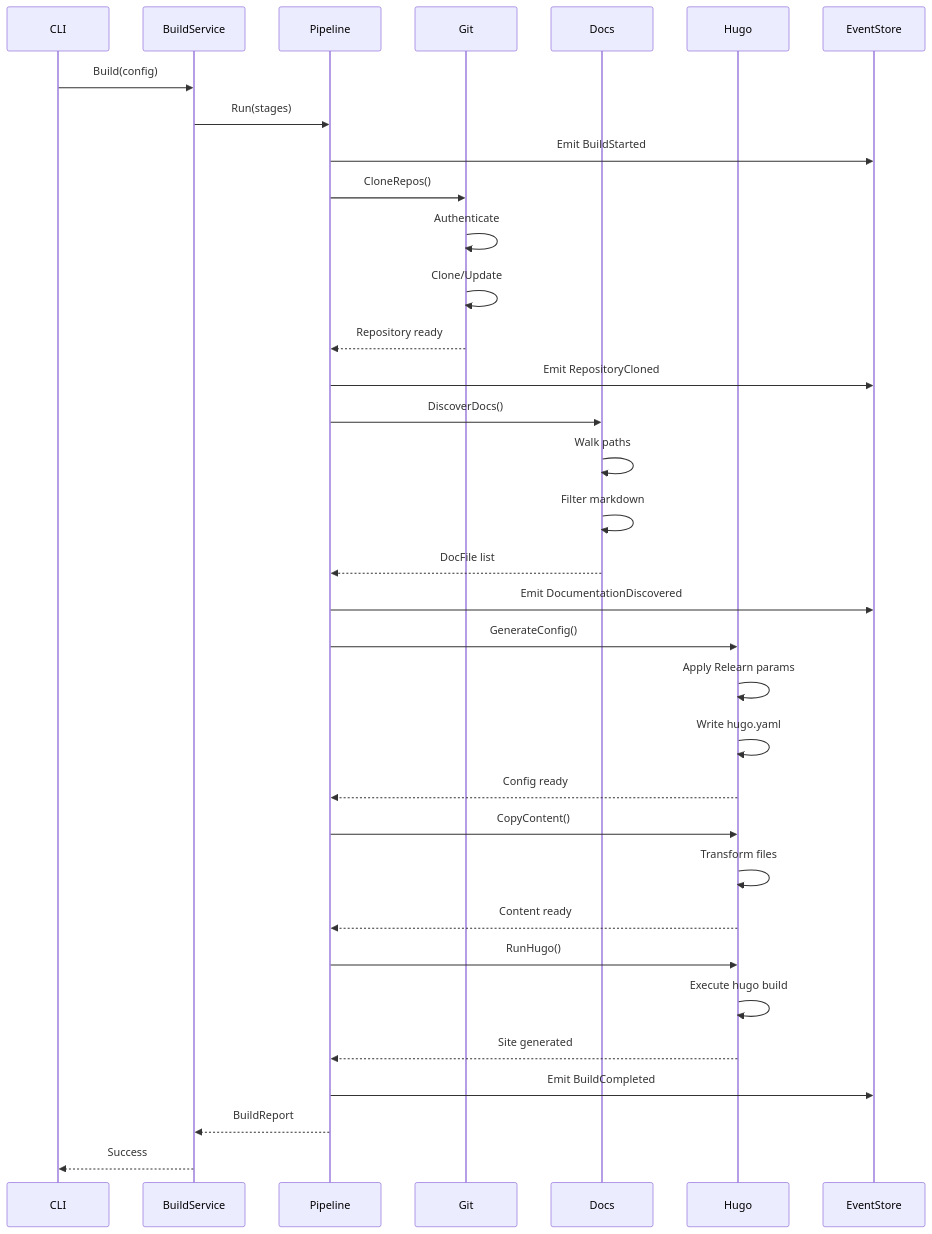
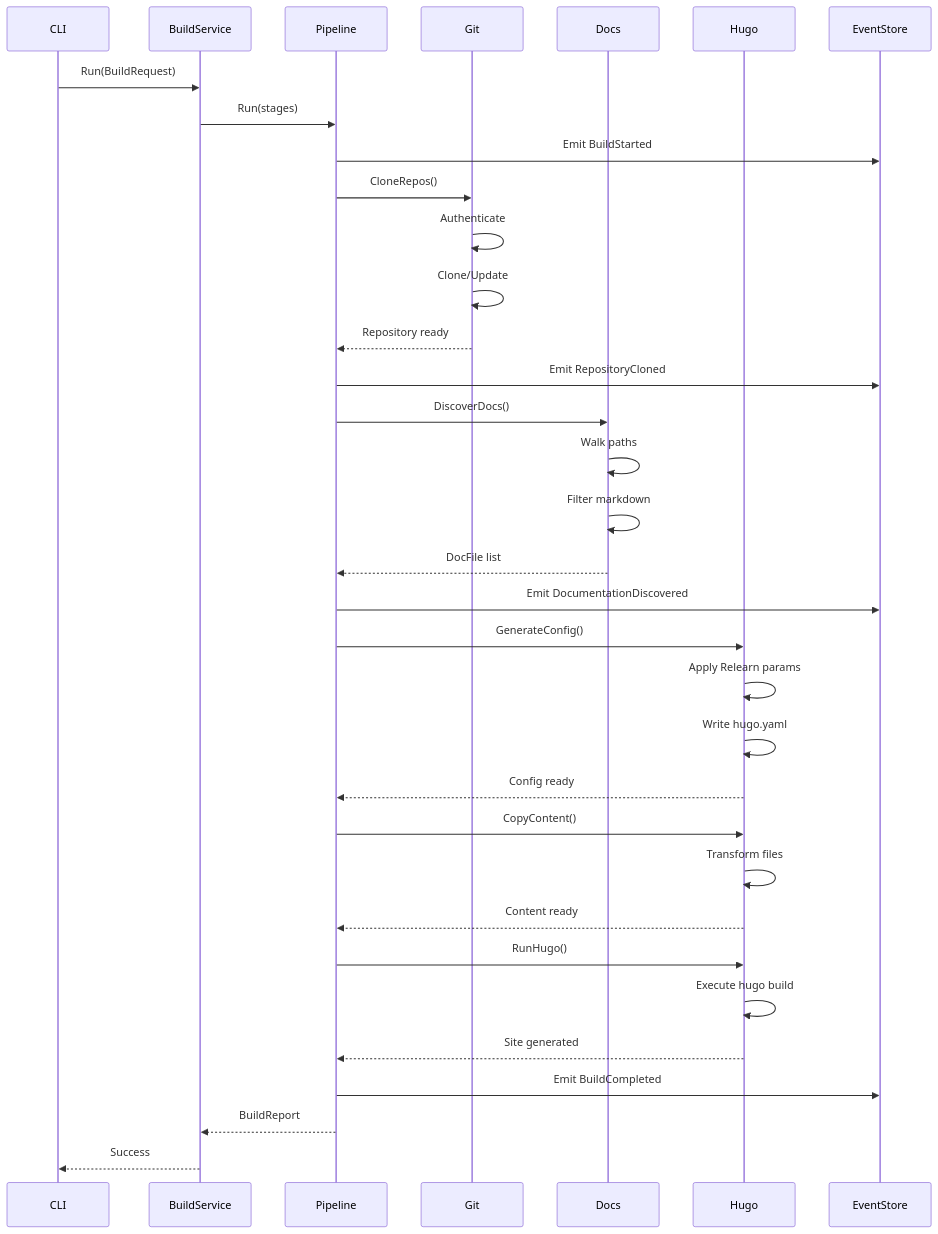
The second of 3 diagrams in docs/explanation/diagrams/data-flow.md (inful/docbuilder), drawn with Mermaid before and after one commit. The commit also changed other lines of this file and 3 other files, not shown here.

First line of the commit message:
docs(changelog): build pipeline unification + final architecture docs

````diff
--- a/docs/explanation/diagrams/data-flow.md
+++ b/docs/explanation/diagrams/data-flow.md
@@ -69,37 +69,37 @@
 ```mermaid
 sequenceDiagram
     participant CLI
     participant BuildService
     participant Pipeline
     participant Git
     participant Docs
     participant Hugo
     participant EventStore
 
-    CLI->>BuildService: Build(config)
+    CLI->>BuildService: Run(BuildRequest)
     BuildService->>Pipeline: Run(stages)
     Pipeline->>EventStore: Emit BuildStarted
     Pipeline->>Git: CloneRepos()
     Git->>Git: Authenticate
     Git->>Git: Clone/Update
     Git-->>Pipeline: Repository ready
     Pipeline->>EventStore: Emit RepositoryCloned
     Pipeline->>Docs: DiscoverDocs()
     Docs->>Docs: Walk paths
     Docs->>Docs: Filter markdown
     Docs-->>Pipeline: DocFile list
     Pipeline->>EventStore: Emit DocumentationDiscovered
     Pipeline->>Hugo: GenerateConfig()
     Hugo->>Hugo: Apply Relearn params
     Hugo->>Hugo: Write hugo.yaml
     Hugo-->>Pipeline: Config ready
     Pipeline->>Hugo: CopyContent()
     Hugo->>Hugo: Transform files
     Hugo-->>Pipeline: Content ready
     Pipeline->>Hugo: RunHugo()
     Hugo->>Hugo: Execute hugo build
     Hugo-->>Pipeline: Site generated
     Pipeline->>EventStore: Emit BuildCompleted
     Pipeline-->>BuildService: BuildReport
     BuildService-->>CLI: Success
 ```
````
